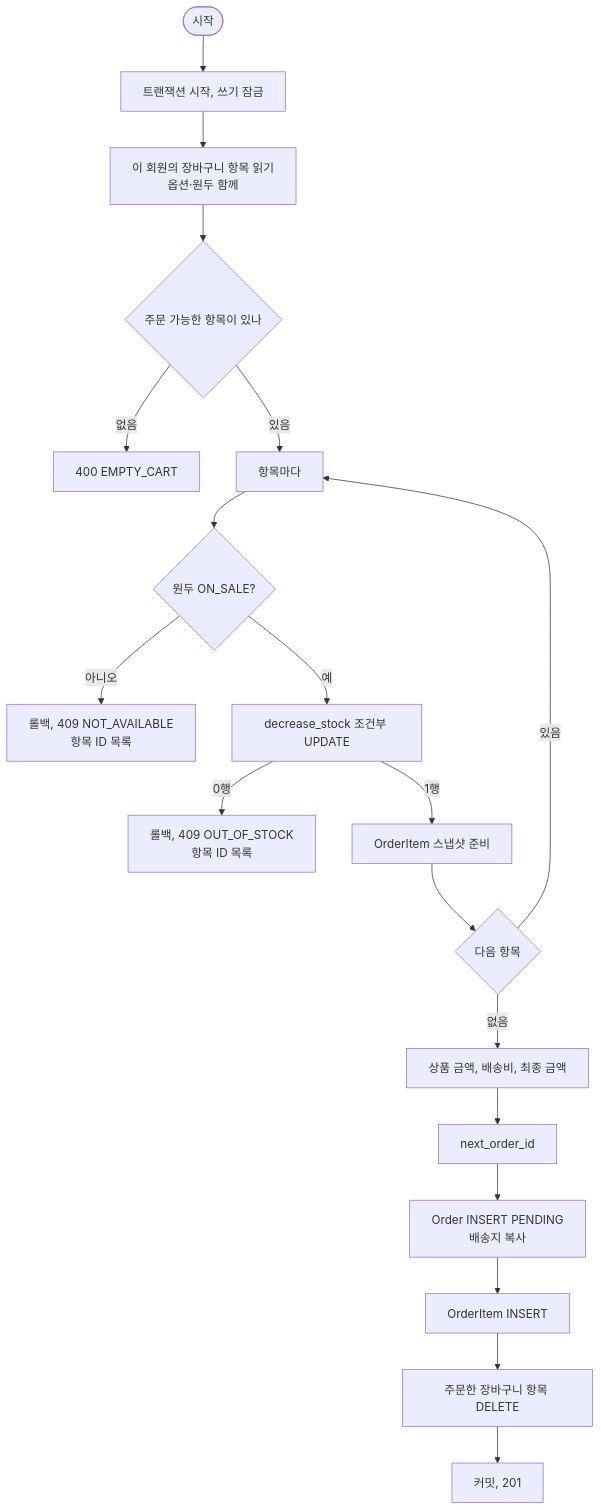
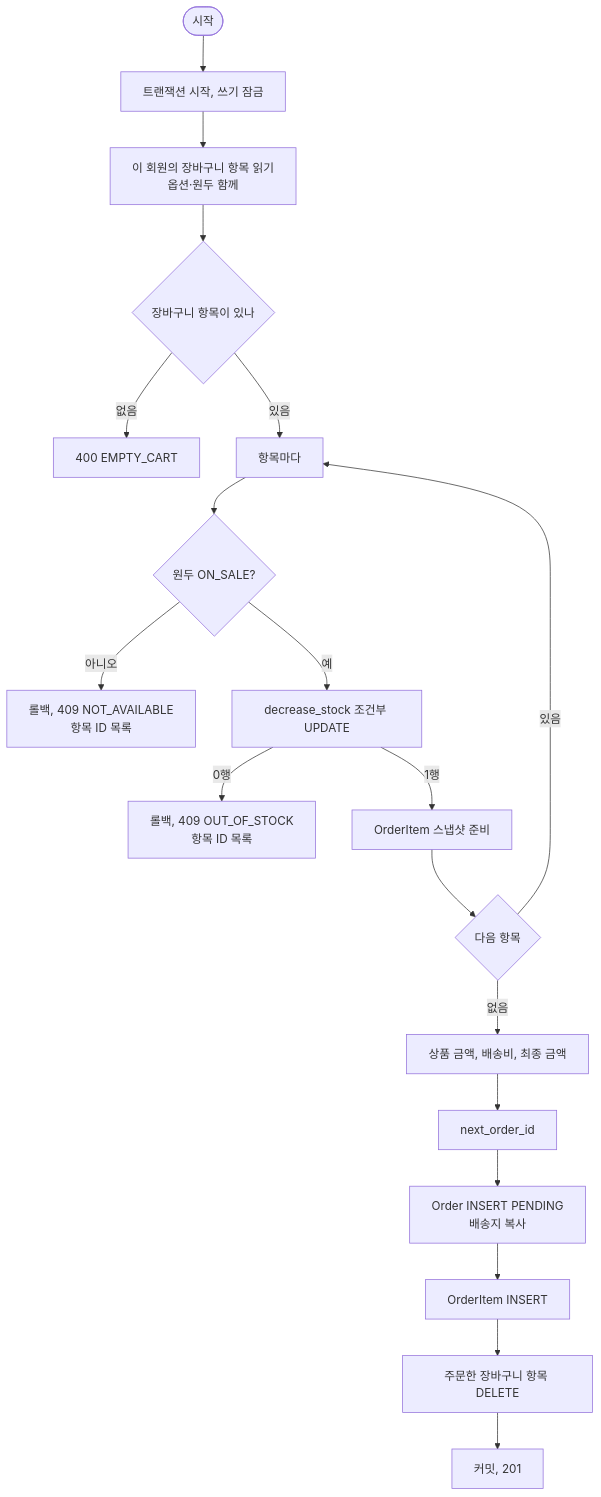
Before and after one commit to seren-wib/coffee-shop: the second of 3 diagrams in docs/specs/sdd/4-components/5-orders.md, drawn with Mermaid. The commit also changed other lines of this file and 14 other files, not shown here.

````diff
--- a/docs/specs/sdd/4-components/5-orders.md
+++ b/docs/specs/sdd/4-components/5-orders.md
@@ -67,21 +67,21 @@
 ```mermaid
 flowchart TD
   A([시작]) --> B[트랜잭션 시작, 쓰기 잠금]
   B --> C[이 회원의 장바구니 항목 읽기<br>옵션·원두 함께]
-  C --> D{주문 가능한 항목이 있나}
+  C --> D{장바구니 항목이 있나}
   D -- 없음 --> X1[400 EMPTY_CART]
   D -- 있음 --> E[항목마다]
   E --> F{원두 ON_SALE?}
   F -- 아니오 --> X2[롤백, 409 NOT_AVAILABLE<br>항목 ID 목록]
   F -- 예 --> G[decrease_stock 조건부 UPDATE]
   G -- 0행 --> X3[롤백, 409 OUT_OF_STOCK<br>항목 ID 목록]
   G -- 1행 --> H[OrderItem 스냅샷 준비]
   H --> I{다음 항목}
   I -- 있음 --> E
   I -- 없음 --> J[상품 금액, 배송비, 최종 금액]
   J --> K[next_order_id]
   K --> L[Order INSERT PENDING<br>배송지 복사]
   L --> M[OrderItem INSERT]
   M --> N[주문한 장바구니 항목 DELETE]
   N --> O[커밋, 201]
 ```
````
